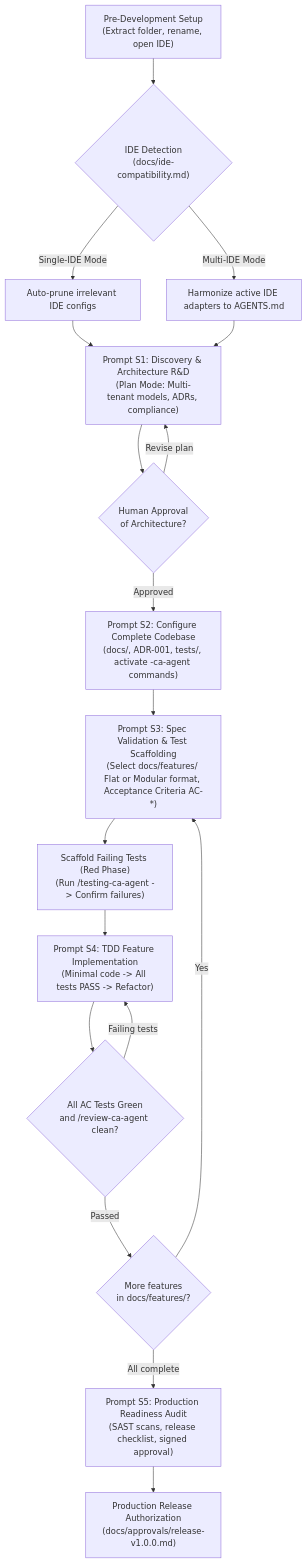
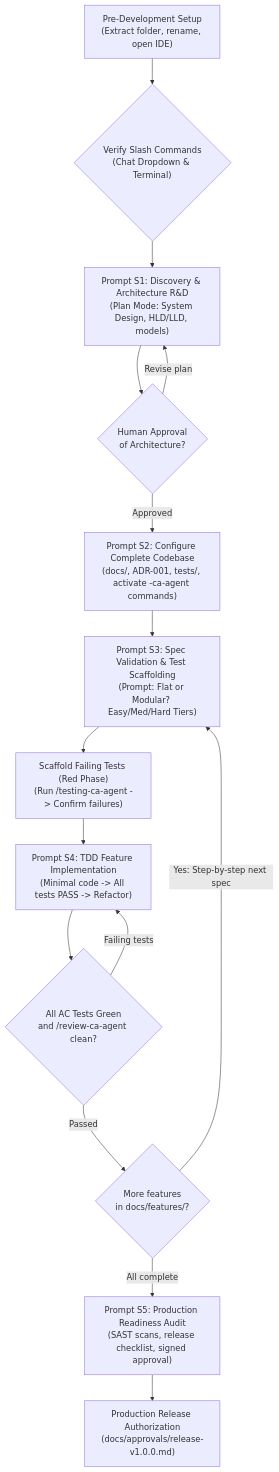
Before and after one commit to rmsofficialsyt/Agentic-AI-Vibe-Coding-AND-SDD-TDD-Codebase-Chandan-Adhikary: the second of 2 diagrams in README.md, drawn with Mermaid. The commit also changed other lines of this file and 60 other files, not shown here.

Commit message:
feat: optimize Vibe-Coding and SDD-TDD frameworks with fluid dashboard, system design, and governance

````diff
--- a/README.md
+++ b/README.md
@@ -75,25 +72,21 @@
 ```mermaid
 flowchart TD
-    SetupS["Pre-Development Setup<br/>(Extract folder, rename, open IDE)"] --> IDEDetectS{"IDE Detection<br/>(docs/ide-compatibility.md)"}
-    IDEDetectS -->|"Single-IDE Mode"| PruneS["Auto-prune irrelevant IDE configs"]
-    IDEDetectS -->|"Multi-IDE Mode"| SyncS["Harmonize active IDE adapters to AGENTS.md"]
-    
-    PruneS --> PS1["Prompt S1: Discovery & Architecture R&D<br/>(Plan Mode: Multi-tenant models, ADRs, compliance)"]
-    SyncS --> PS1
+    SetupS["Pre-Development Setup<br/>(Extract folder, rename, open IDE)"] --> CmdCheckS{"Verify Slash Commands<br/>(Chat Dropdown & Terminal)"}
+    CmdCheckS --> PS1["Prompt S1: Discovery & Architecture R&D<br/>(Plan Mode: System Design, HLD/LLD, models)"]
     
     PS1 --> HumanS1{"Human Approval<br/>of Architecture?"}
     HumanS1 -->|"Revise plan"| PS1
     HumanS1 -->|"Approved"| PS2["Prompt S2: Configure Complete Codebase<br/>(docs/, ADR-001, tests/, activate -ca-agent commands)"]
     
-    PS2 --> PS3["Prompt S3: Spec Validation & Test Scaffolding<br/>(Select docs/features/ Flat or Modular format, Acceptance Criteria AC-*)"]
+    PS2 --> PS3["Prompt S3: Spec Validation & Test Scaffolding<br/>(Prompt: Flat or Modular? Easy/Med/Hard Tiers)"]
     PS3 --> RedPhase["Scaffold Failing Tests (Red Phase)<br/>(Run /testing-ca-agent -> Confirm failures)"]
     
     RedPhase --> PS4["Prompt S4: TDD Feature Implementation<br/>(Minimal code -> All tests PASS -> Refactor)"]
     PS4 --> GateCheck{"All AC Tests Green<br/>and /review-ca-agent clean?"}
     GateCheck -->|"Failing tests"| PS4
     GateCheck -->|"Passed"| NextFeature{"More features<br/>in docs/features/?"}
-    NextFeature -->|"Yes"| PS3
+    NextFeature -->|"Yes: Step-by-step next spec"| PS3
     NextFeature -->|"All complete"| PS5["Prompt S5: Production Readiness Audit<br/>(SAST scans, release checklist, signed approval)"]
     
     PS5 --> Release["Production Release Authorization<br/>(docs/approvals/release-v1.0.0.md)"]
 ```
````
